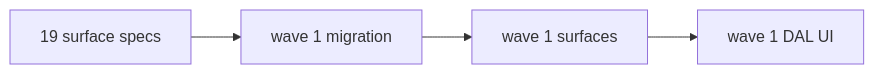
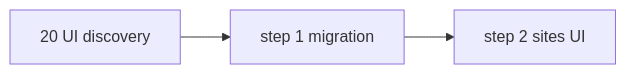
The third of 3 diagrams in apps/subhub/docs/tasks/01-task-index.md (rebischoff/latch), drawn with Mermaid before and after one commit. The commit also changed other lines of this file and 170 other files, not shown here.

````diff
--- a/apps/subhub/docs/tasks/01-task-index.md
+++ b/apps/subhub/docs/tasks/01-task-index.md
@@ -127,6 +174,7 @@
 ```mermaid
 flowchart LR
-  t19[19 surface specs] --> w1m[wave 1 migration]
-  w1m --> w1s[wave 1 surfaces]
-  w1s --> w1u[wave 1 DAL UI]
+  t20[20 UI discovery]
+  w1m[step 1 migration]
+  w1u[step 2 sites UI]
+  t20 --> w1m --> w1u
 ```
````
